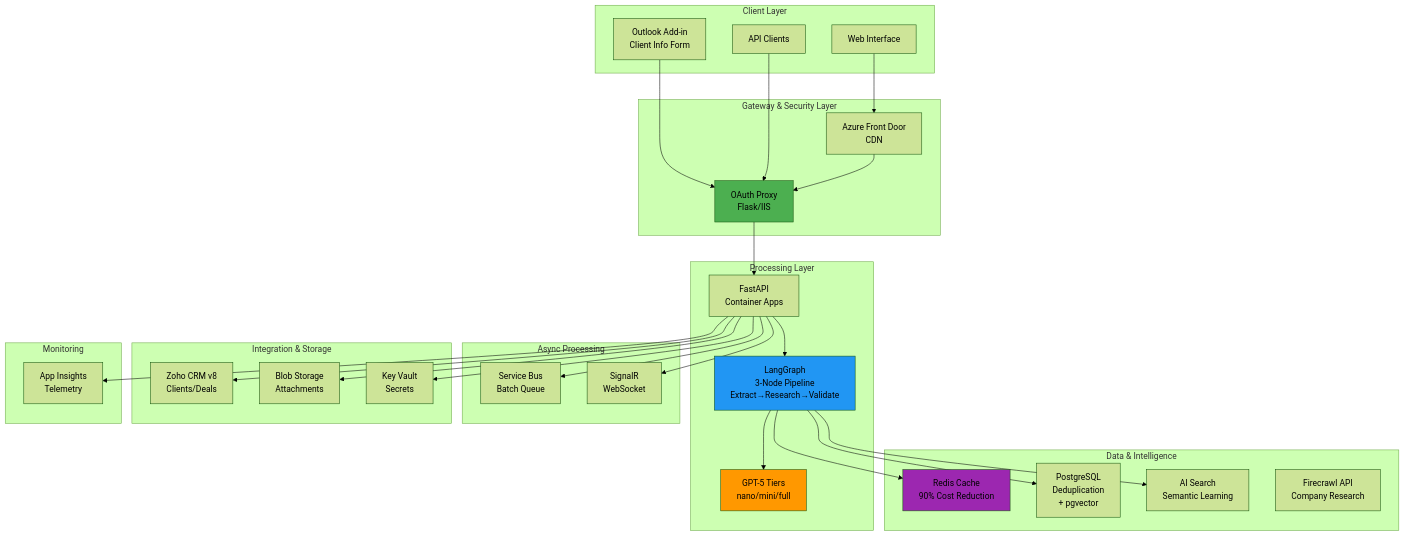
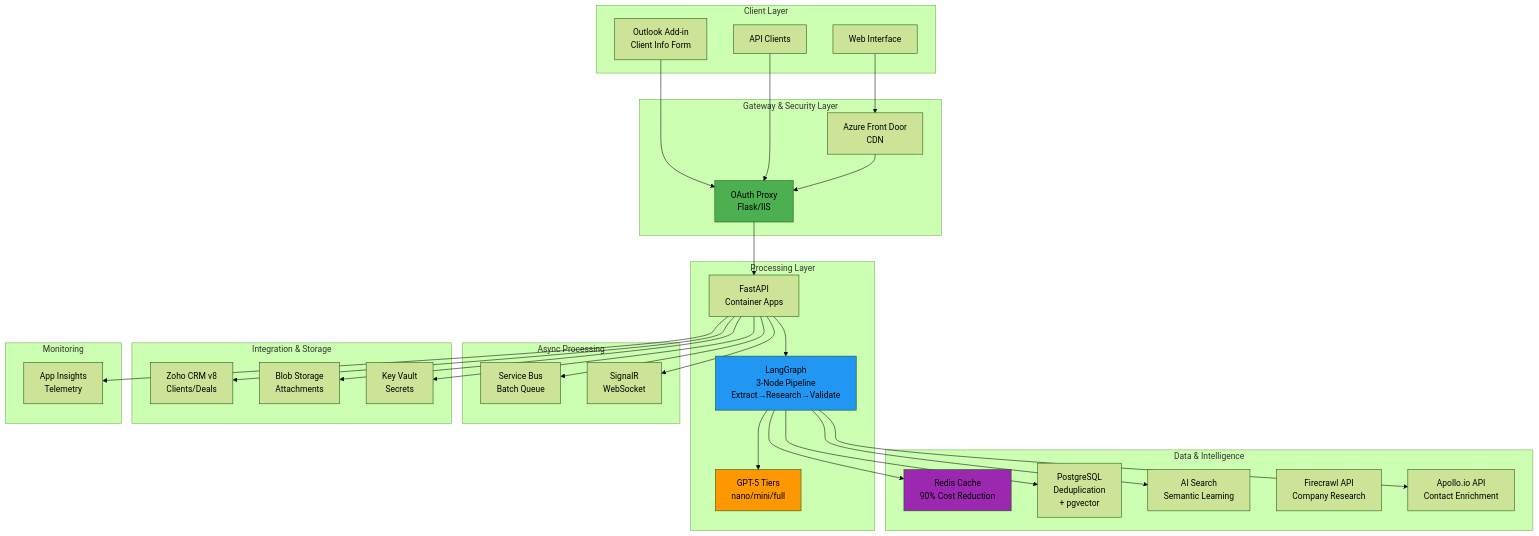
The first of 3 diagrams in README.md (romiteld/ZohoDealCreation), drawn with Mermaid (forest theme) before and after one commit. The commit also changed other lines of this file and 5 other files, not shown here.

First line of the commit message:
feat: Integrate Apollo.io contact enrichment API

````diff
--- a/README.md
+++ b/README.md
@@ -74,63 +75,65 @@
 ```mermaid
 graph TB
     subgraph "Client Layer"
         OA[Outlook Add-in<br/>Client Info Form]
         API_CLIENT[API Clients]
         WEB[Web Interface]
     end
 
     subgraph "Gateway & Security Layer"
         PROXY[OAuth Proxy<br/>Flask/IIS]
         FD[Azure Front Door<br/>CDN]
     end
 
     subgraph "Processing Layer"
         API[FastAPI<br/>Container Apps]
         LG[LangGraph<br/>3-Node Pipeline<br/>Extract→Research→Validate]
         GPT[GPT-5 Tiers<br/>nano/mini/full]
     end
 
     subgraph "Data & Intelligence"
         CACHE[Redis Cache<br/>90% Cost Reduction]
         PG[PostgreSQL<br/>Deduplication<br/>+ pgvector]
         SEARCH[AI Search<br/>Semantic Learning]
         FIRE[Firecrawl API<br/>Company Research]
+        APOLLO[Apollo.io API<br/>Contact Enrichment]
     end
 
     subgraph "Async Processing"
         SB[Service Bus<br/>Batch Queue]
         SR[SignalR<br/>WebSocket]
     end
 
     subgraph "Integration & Storage"
         ZOHO[Zoho CRM v8<br/>Clients/Deals]
         BLOB[Blob Storage<br/>Attachments]
         KV[Key Vault<br/>Secrets]
     end
 
     subgraph "Monitoring"
         AI[App Insights<br/>Telemetry]
     end
 
     OA --> PROXY
     API_CLIENT --> PROXY
     WEB --> FD
     FD --> PROXY
     PROXY --> API
     API --> LG
     LG --> GPT
     LG --> CACHE
     LG --> PG
     LG --> SEARCH
+    LG --> APOLLO
     API --> SB
     API --> SR
     API --> ZOHO
     API --> BLOB
     API --> KV
     API --> AI
 
     style LG fill:#2196F3
     style GPT fill:#FF9800
     style CACHE fill:#9C27B0
     style PROXY fill:#4CAF50
 ```
````
